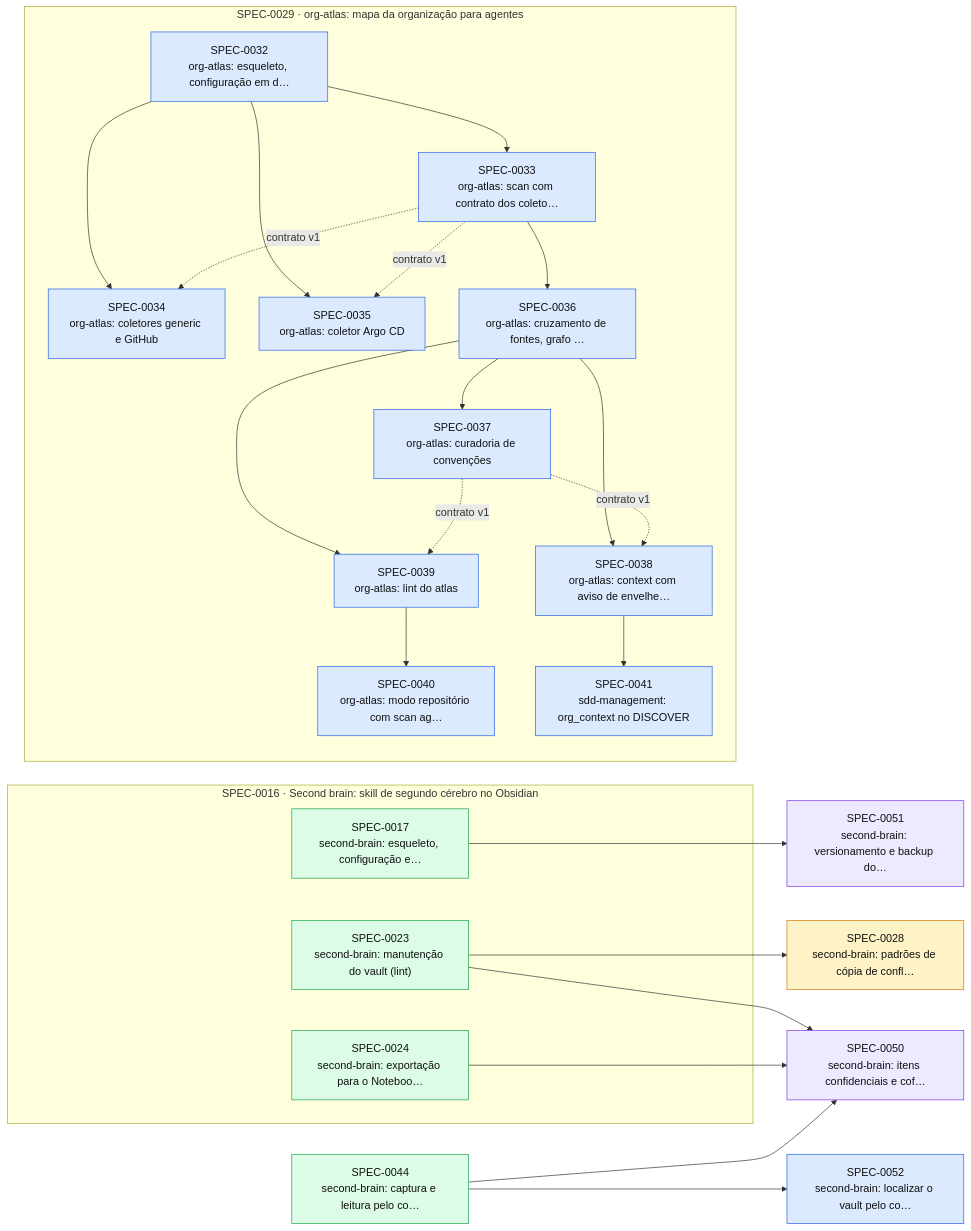
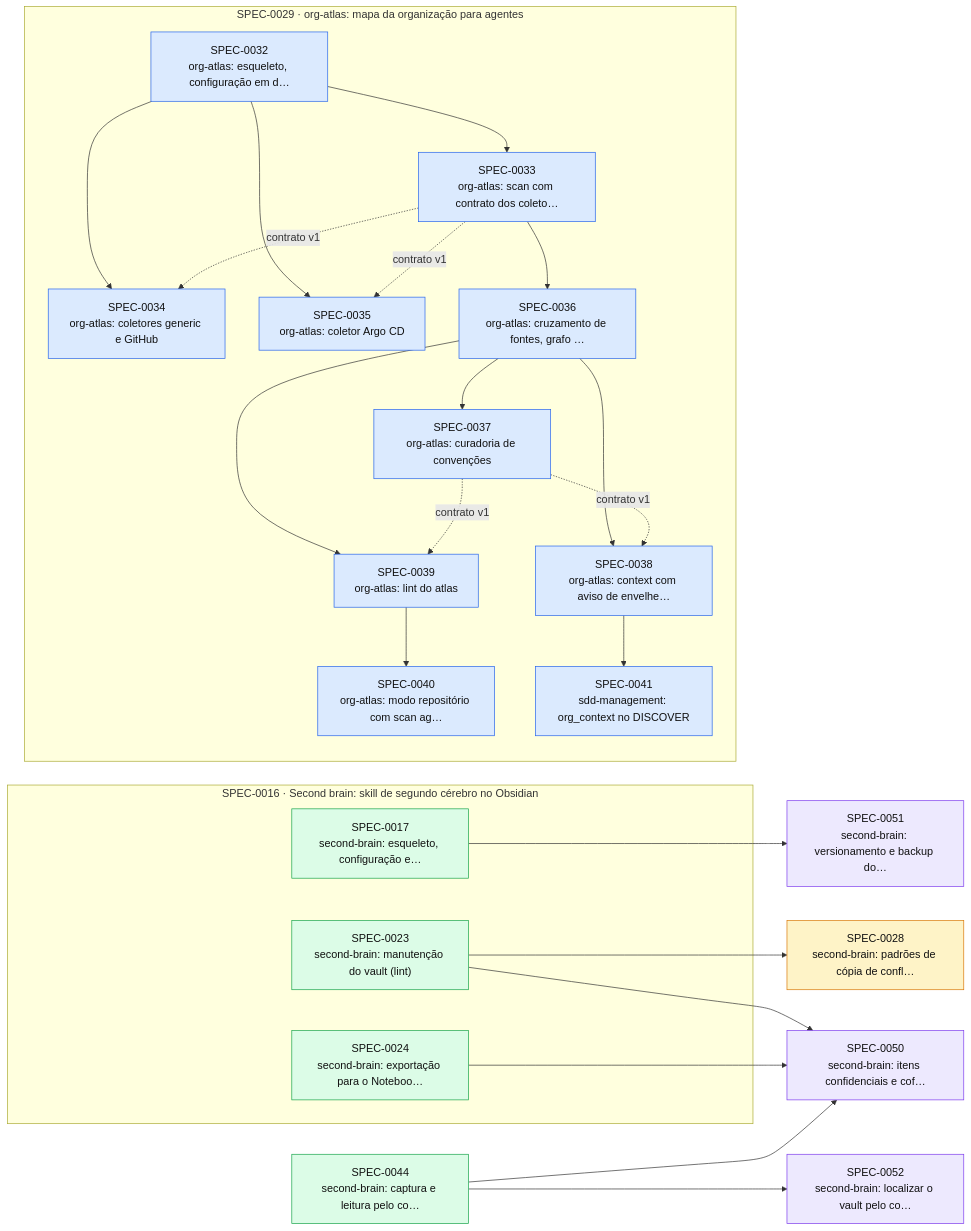
The diagram in docs/specs/INDEX.md (thomasravache/ai-dev-brain), drawn with Mermaid before and after one commit. The commit also changed other lines of this file and 1 other file, not shown here.

First line of the commit message:
docs(specs): SPEC-0052 em andamento

````diff
--- a/docs/specs/INDEX.md
+++ b/docs/specs/INDEX.md
@@ -61,49 +61,49 @@
 ```mermaid
 flowchart LR
   S0028["SPEC-0028<br/>second-brain: padrões de cópia de confl…"]:::proposed
   S0044["SPEC-0044<br/>second-brain: captura e leitura pelo co…"]:::implemented
   S0050["SPEC-0050<br/>second-brain: itens confidenciais e cof…"]:::inprogress
   S0051["SPEC-0051<br/>second-brain: versionamento e backup do…"]:::inprogress
-  S0052["SPEC-0052<br/>second-brain: localizar o vault pelo co…"]:::approved
+  S0052["SPEC-0052<br/>second-brain: localizar o vault pelo co…"]:::inprogress
   subgraph E0016["SPEC-0016 · Second brain: skill de segundo cérebro no Obsidian"]
     S0017["SPEC-0017<br/>second-brain: esqueleto, configuração e…"]:::implemented
     S0023["SPEC-0023<br/>second-brain: manutenção do vault (lint)"]:::implemented
     S0024["SPEC-0024<br/>second-brain: exportação para o Noteboo…"]:::implemented
   end
   subgraph E0029["SPEC-0029 · org-atlas: mapa da organização para agentes"]
     S0032["SPEC-0032<br/>org-atlas: esqueleto, configuração em d…"]:::approved
     S0033["SPEC-0033<br/>org-atlas: scan com contrato dos coleto…"]:::approved
     S0034["SPEC-0034<br/>org-atlas: coletores generic e GitHub"]:::approved
     S0035["SPEC-0035<br/>org-atlas: coletor Argo CD"]:::approved
     S0036["SPEC-0036<br/>org-atlas: cruzamento de fontes, grafo …"]:::approved
     S0037["SPEC-0037<br/>org-atlas: curadoria de convenções"]:::approved
     S0038["SPEC-0038<br/>org-atlas: context com aviso de envelhe…"]:::approved
     S0039["SPEC-0039<br/>org-atlas: lint do atlas"]:::approved
     S0040["SPEC-0040<br/>org-atlas: modo repositório com scan ag…"]:::approved
     S0041["SPEC-0041<br/>sdd-management: org_context no DISCOVER"]:::approved
   end
   S0023 --> S0028
   S0032 --> S0033
   S0032 --> S0034
   S0033 -. contrato v1 .-> S0034
   S0032 --> S0035
   S0033 -. contrato v1 .-> S0035
   S0033 --> S0036
   S0036 --> S0037
   S0036 --> S0038
   S0037 -. contrato v1 .-> S0038
   S0036 --> S0039
   S0037 -. contrato v1 .-> S0039
   S0039 --> S0040
   S0038 --> S0041
   S0023 --> S0050
   S0024 --> S0050
   S0044 --> S0050
   S0017 --> S0051
   S0044 --> S0052
   classDef proposed fill:#fef3c7,stroke:#d97706,color:#111
   classDef approved fill:#dbeafe,stroke:#2563eb,color:#111
   classDef inprogress fill:#ede9fe,stroke:#7c3aed,color:#111
   classDef implemented fill:#dcfce7,stroke:#16a34a,color:#111
   classDef deprecated fill:#f3f4f6,stroke:#9ca3af,color:#6b7280
 ```
````
